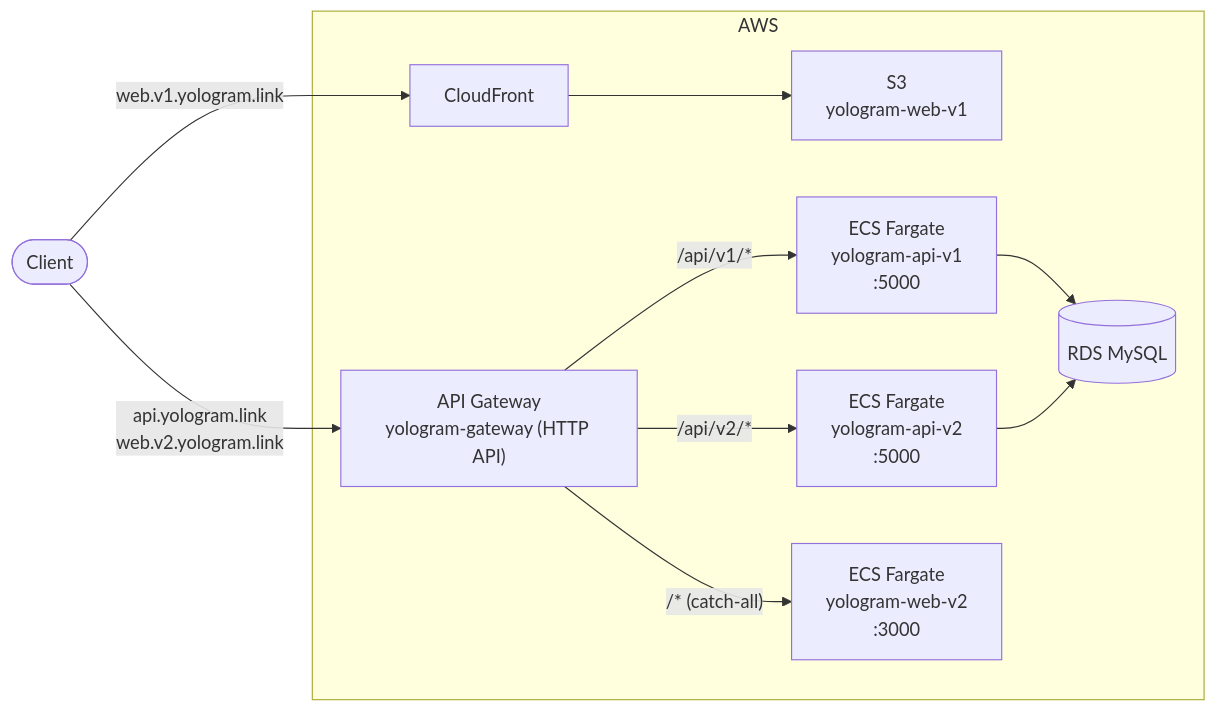
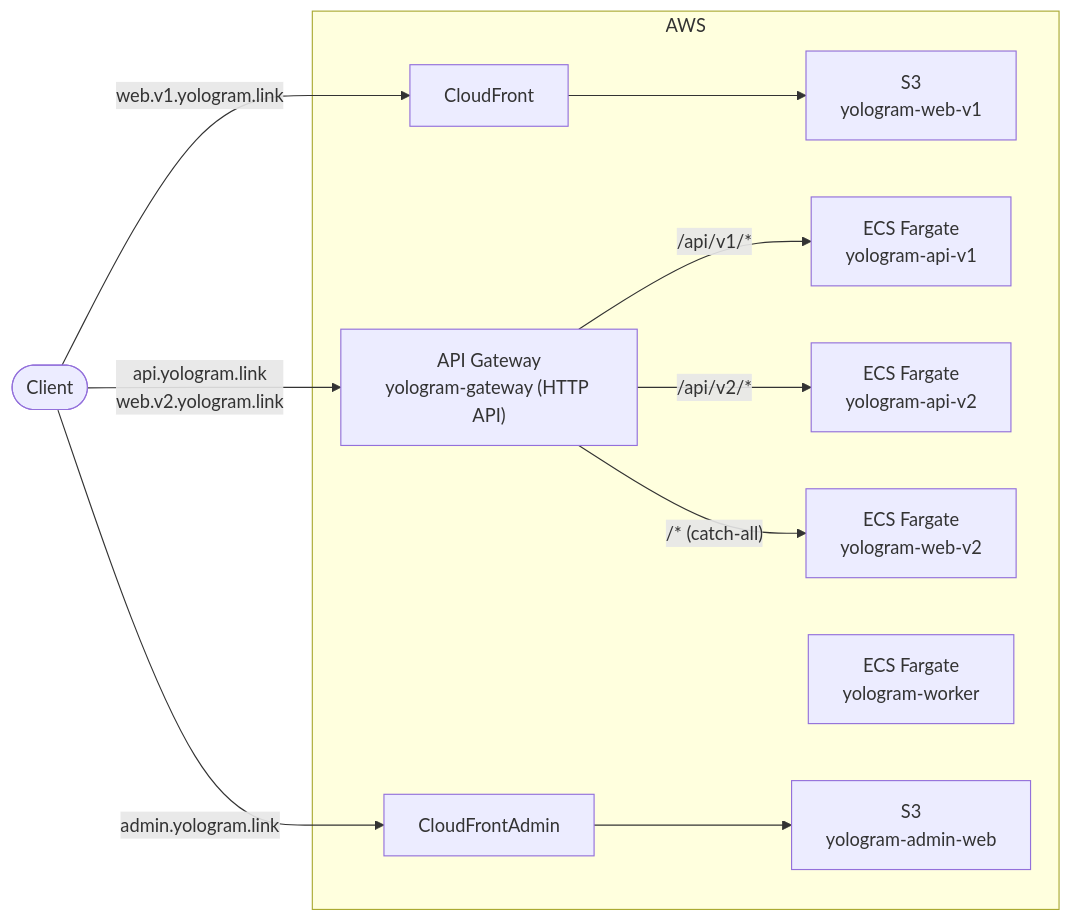
The diagram in README.md (yologger/yologram), drawn with Mermaid before and after one commit. The commit also changed other lines of this file, not shown here.

Commit message:
README: 서비스·다이어그램·구조에 admin-web/worker 반영

````diff
--- a/README.md
+++ b/README.md
@@ -14,19 +15,23 @@
 ```mermaid
 flowchart LR
     Client([Client])
 
     Client -- "web.v1.yologram.link" --> CloudFront
+    Client -- "admin.yologram.link" --> CloudFrontAdmin
     Client -- "api.yologram.link<br/>web.v2.yologram.link" --> APIGW
 
     subgraph AWS
         CloudFront --> S3["S3<br/>yologram-web-v1"]
 
         APIGW["API Gateway<br/>yologram-gateway (HTTP API)"]
-        APIGW -- "/api/v1/*" --> ECS_API_V1["ECS Fargate<br/>yologram-api-v1<br/>:5000"]
-        APIGW -- "/api/v2/*" --> ECS_API_V2["ECS Fargate<br/>yologram-api-v2<br/>:5000"]
-        APIGW -- "/* (catch-all)" --> ECS_WEB_V2["ECS Fargate<br/>yologram-web-v2<br/>:3000"]
+        APIGW -- "/api/v1/*" --> ECS_API_V1["ECS Fargate<br/>yologram-api-v1"]
+        APIGW -- "/api/v2/*" --> ECS_API_V2["ECS Fargate<br/>yologram-api-v2"]
+        APIGW -- "/* (catch-all)" --> ECS_WEB_V2["ECS Fargate<br/>yologram-web-v2"]
 
-        ECS_API_V1 --> RDS[(RDS MySQL)]
-        ECS_API_V2 --> RDS
+
+        ECS_WORKER["ECS Fargate<br/>yologram-worker"]
+
+        
+        CloudFrontAdmin --> S3Admin["S3<br/>yologram-admin-web"]
     end
 ```
````
